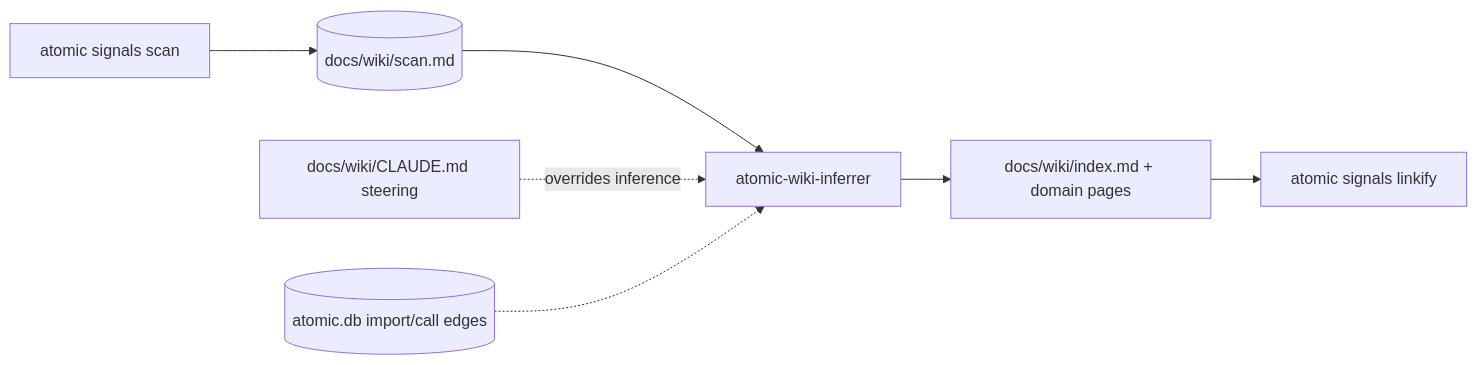
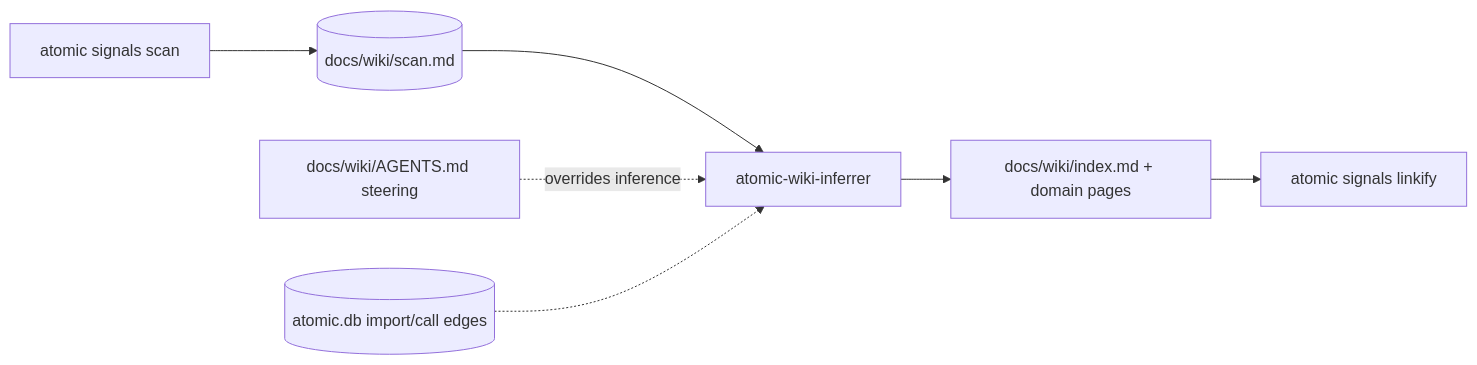
The diagram in docs/reference/repo-wiki.md (damusix/atomic-claude), drawn with Mermaid before and after one commit. The commit also changed other lines of this file and 7 other files, not shown here.

Commit message:
docs: align wiki steering, registry, and harness docs with the multi-harness loop

````diff
--- a/docs/reference/repo-wiki.md
+++ b/docs/reference/repo-wiki.md
@@ -19,11 +19,11 @@
 ```mermaid
 flowchart LR
     accTitle: Repo wiki pipeline
     accDescr: atomic signals scan writes the deterministic substrate to docs/wiki/scan.md. The atomic-wiki-inferrer reads that substrate, the steering file, and the code-intel graph when present, writes the index and domain pages, and atomic signals linkify turns their path citations into links.
     scan["atomic signals scan"] --> sub[("docs/wiki/scan.md")]
     sub --> inf["atomic-wiki-inferrer"]
-    steer["docs/wiki/CLAUDE.md steering"] -. overrides inference .-> inf
+    steer["docs/wiki/AGENTS.md steering"] -. overrides inference .-> inf
     graphdb[("atomic.db import/call edges")] -.-> inf
     inf --> pages["docs/wiki/index.md + domain pages"]
     pages --> link["atomic signals linkify"]
 ```
````
